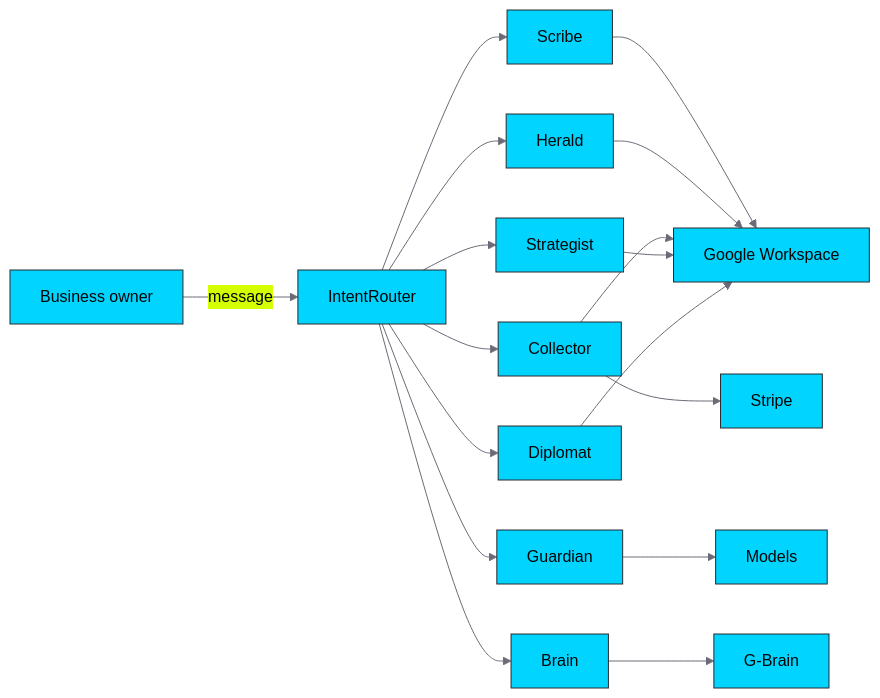
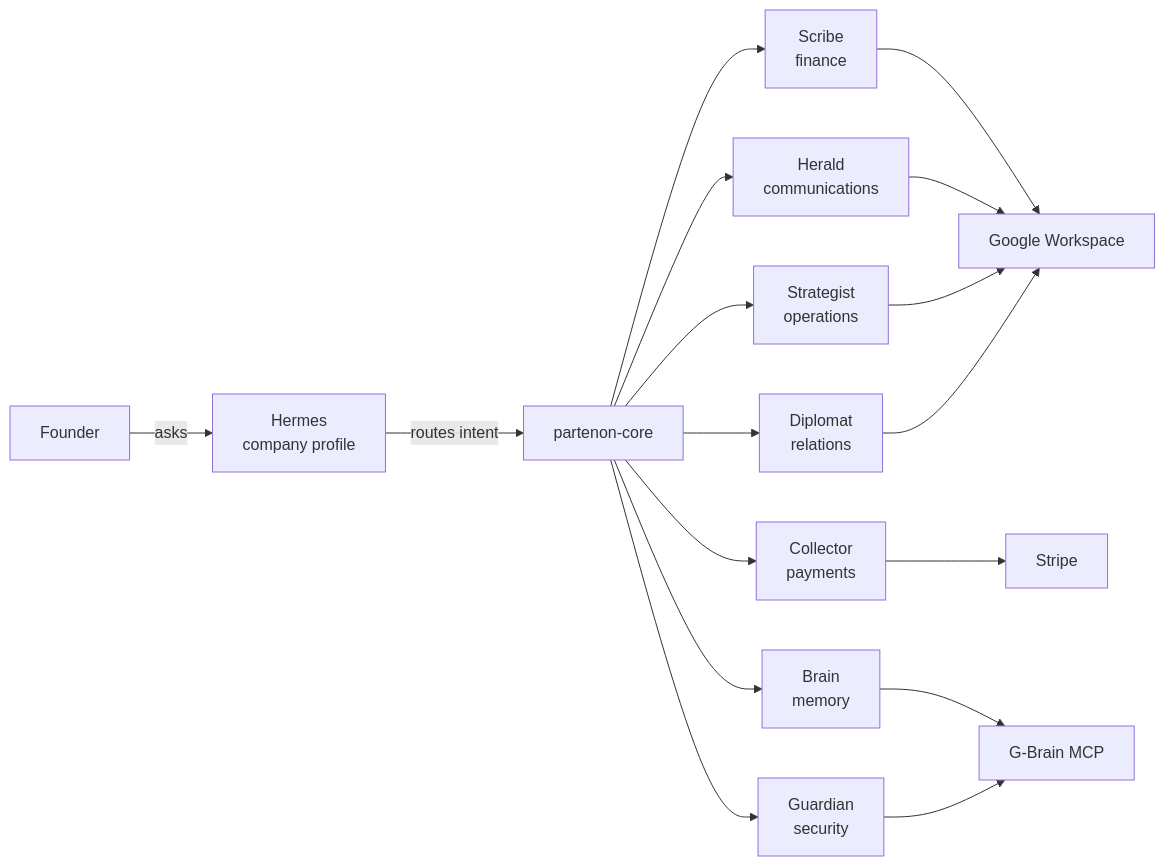
One commit to cuentadeservicio377-cell/partenon changed the diagram in README.md. Above: the diagram before and after it, drawn with Mermaid. The commit also changed other lines of this file and 5 other files, not shown here.

````diff
--- a/README.md
+++ b/README.md
@@ -29,16 +32,19 @@
 ```mermaid
-%%{init: {'theme': 'base', 'themeVariables': { 'primaryColor': '#00D4FF', 'primaryTextColor': '#050505', 'primaryBorderColor': '#2A2A2E', 'lineColor': '#6B6B78'}}}%%
-flowchart LR
-    U[Business owner] -->|message| R[IntentRouter]
-    R --> S[Scribe]
-    R --> H[Herald]
-    R --> C[Collector]
-    R --> G[Guardian]
-    R --> ST[Strategist]
-    R --> D[Diplomat]
-    R --> B[Brain]
-    S & H & C & ST & D --> GW[Google Workspace]
-    C --> Stripe
-    G --> Models
-    B --> GB[G-Brain]
+graph LR
+    FOUNDER[Founder] -->|asks| HERMES[Hermes<br/>company profile]
+    HERMES -->|routes intent| CORE[partenon-core]
+    CORE --> SCRIBE[Scribe<br/>finance]
+    CORE --> HERALD[Herald<br/>communications]
+    CORE --> COLLECTOR[Collector<br/>payments]
+    CORE --> GUARDIAN[Guardian<br/>security]
+    CORE --> STRATEGIST[Strategist<br/>operations]
+    CORE --> DIPLOMAT[Diplomat<br/>relations]
+    CORE --> BRAIN[Brain<br/>memory]
+    SCRIBE --> GWS[Google Workspace]
+    HERALD --> GWS
+    COLLECTOR --> STRIPE[Stripe]
+    STRATEGIST --> GWS
+    DIPLOMAT --> GWS
+    BRAIN --> GBRAIN[G-Brain MCP]
+    GUARDIAN --> GBRAIN
 ```
````
